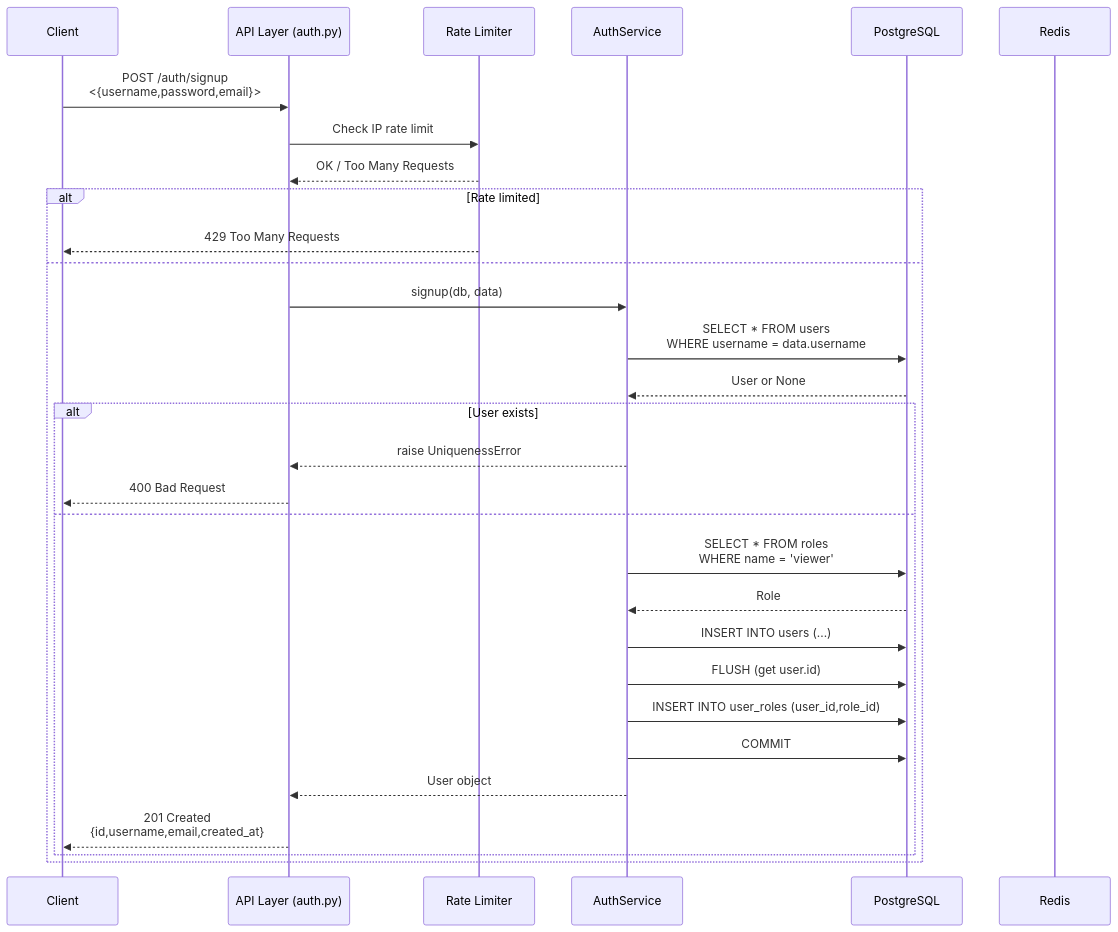
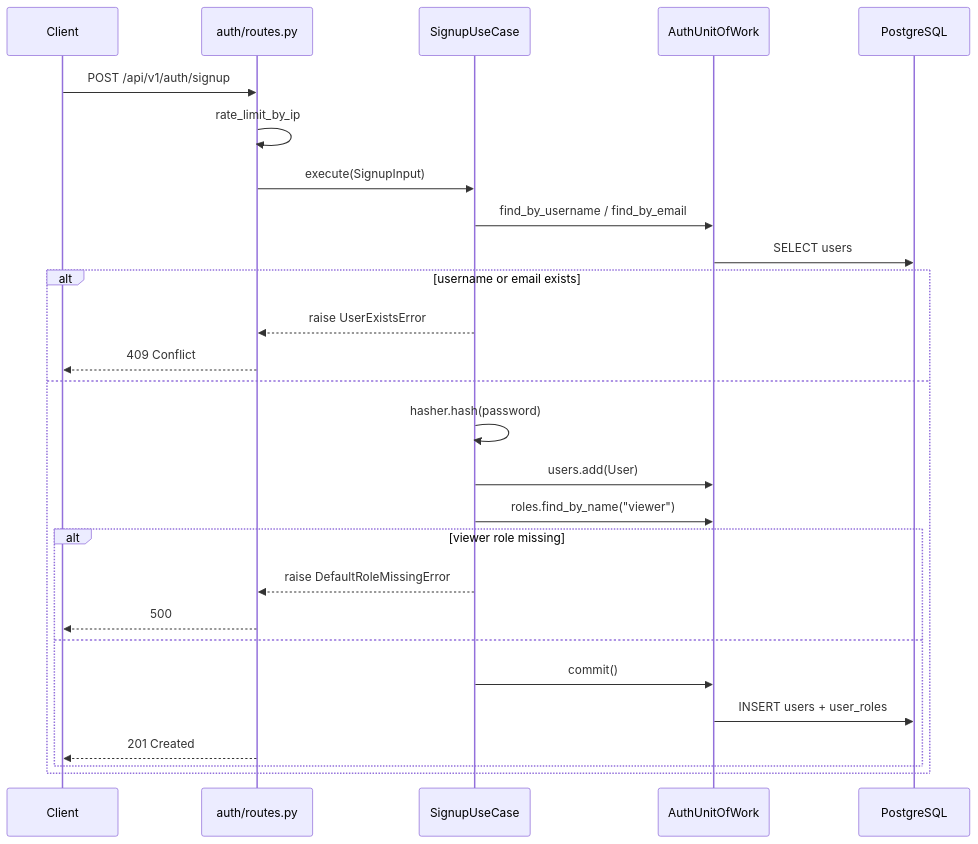
Before and after one commit to anaswaleedtahir/kosmos-ecommerce: the first of 10 diagrams in docs/09-sequence-diagrams.md, drawn with Mermaid. The commit also changed other lines of this file and 7 other files, not shown here.

First line of the commit message:
docs: update all docs to reflect hexagonal architecture

````diff
--- a/docs/09-sequence-diagrams.md
+++ b/docs/09-sequence-diagrams.md
@@ -9,33 +9,30 @@
 ```mermaid
 sequenceDiagram
     participant Client
-    participant API as API Layer (auth.py)
-    participant RateLimit as Rate Limiter
-    participant Service as AuthService
+    participant Route as auth/routes.py
+    participant UC as SignupUseCase
+    participant UoW as AuthUnitOfWork
     participant DB as PostgreSQL
-    participant Redis as Redis
 
-    Client->>API: POST /auth/signup<br/><{username,password,email}>
-    API->>RateLimit: Check IP rate limit
-    RateLimit-->>API: OK / Too Many Requests
-    alt Rate limited
-        RateLimit-->>Client: 429 Too Many Requests
+    Client->>Route: POST /api/v1/auth/signup
+    Route->>Route: rate_limit_by_ip
+    Route->>UC: execute(SignupInput)
+    UC->>UoW: find_by_username / find_by_email
+    UoW->>DB: SELECT users
+    alt username or email exists
+        UC-->>Route: raise UserExistsError
+        Route-->>Client: 409 Conflict
     else
-        API->>Service: signup(db, data)
-        Service->>DB: SELECT * FROM users<br/>WHERE username = data.username
-        DB-->>Service: User or None
-        alt User exists
-            Service-->>API: raise UniquenessError
-            API-->>Client: 400 Bad Request
+        UC->>UC: hasher.hash(password)
+        UC->>UoW: users.add(User)
+        UC->>UoW: roles.find_by_name("viewer")
+        alt viewer role missing
+            UC-->>Route: raise DefaultRoleMissingError
+            Route-->>Client: 500
         else
-            Service->>DB: SELECT * FROM roles<br/>WHERE name = 'viewer'
-            DB-->>Service: Role
-            Service->>DB: INSERT INTO users (...)
-            Service->>DB: FLUSH (get user.id)
-            Service->>DB: INSERT INTO user_roles (user_id,role_id)
-            Service->>DB: COMMIT
-            Service-->>API: User object
-            API-->>Client: 201 Created<br/>{id,username,email,created_at}
+            UC->>UoW: commit()
+            UoW->>DB: INSERT users + user_roles
+            Route-->>Client: 201 Created
         end
     end
 ```
````
